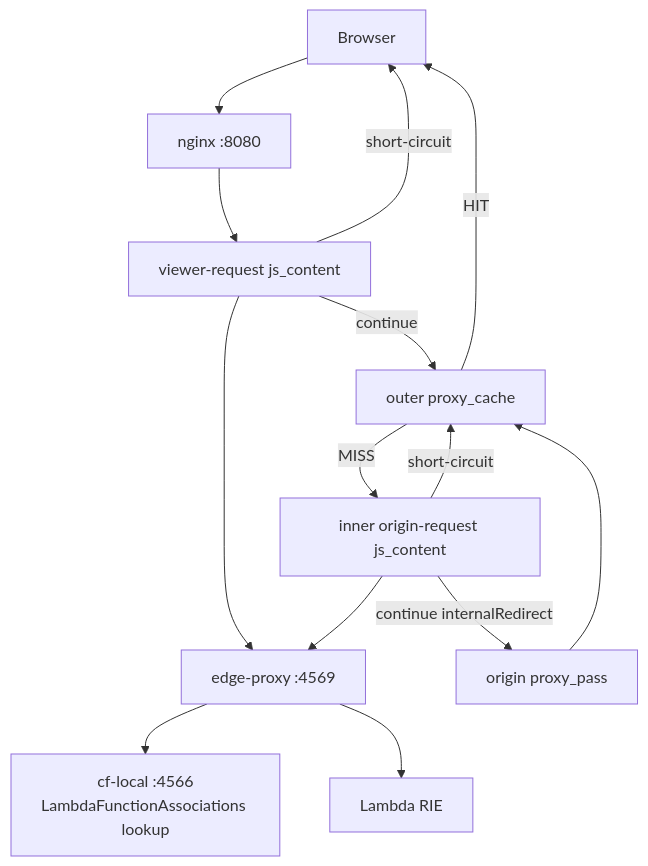
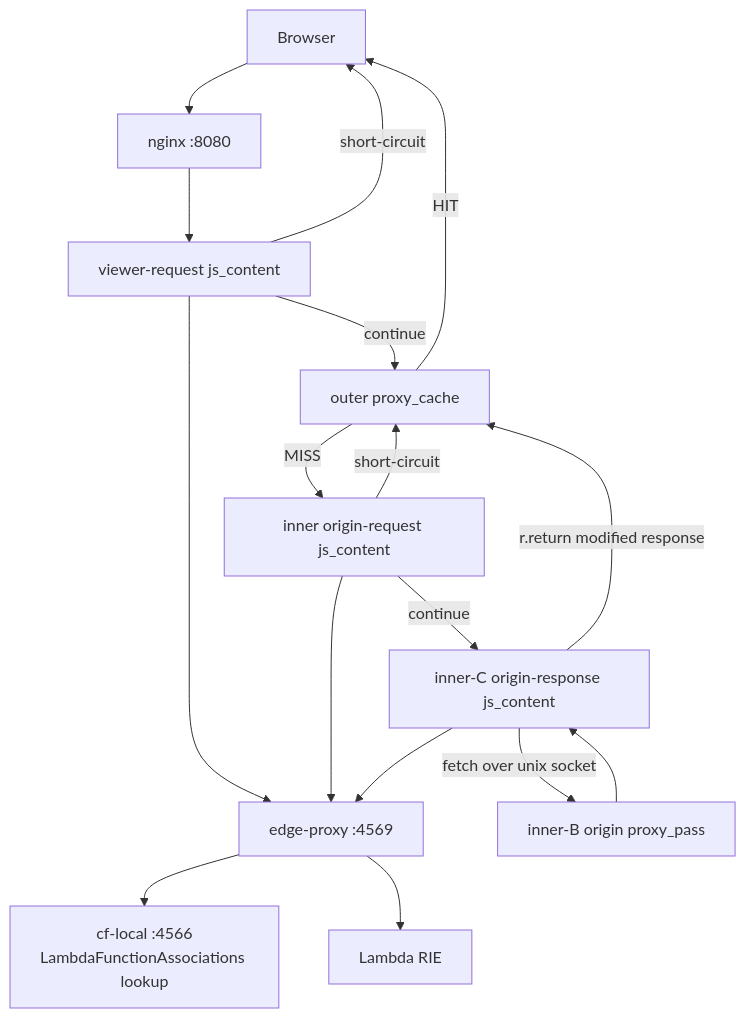
Before and after one commit to DKen-DevCat/cf-local: the diagram in docs/lambda-edge.md, drawn with Mermaid. The commit also changed other lines of this file and 5 other files, not shown here.

First line of the commit message:
feat(phase-4f): lambda-edge-full origin-response example + docs (task-4)

````diff
--- a/docs/lambda-edge.md
+++ b/docs/lambda-edge.md
@@ -16,16 +16,19 @@
 ```mermaid
 flowchart TD
   B[Browser] --> N[nginx :8080]
   N --> VR[viewer-request js_content]
   VR --> EP[edge-proxy :4569]
   EP --> CP[cf-local :4566<br/>LambdaFunctionAssociations lookup]
   EP --> RIE[Lambda RIE]
   VR -->|continue| CACHE[outer proxy_cache]
   VR -->|short-circuit| B
   CACHE -->|HIT| B
   CACHE -->|MISS| OR[inner origin-request js_content]
   OR --> EP
-  OR -->|continue internalRedirect| ORIGIN[origin proxy_pass]
+  OR -->|continue| ORES[inner-C origin-response js_content]
   OR -->|short-circuit| CACHE
-  ORIGIN --> CACHE
+  ORES -->|fetch over unix socket| ORIGIN[inner-B origin proxy_pass]
+  ORIGIN --> ORES
+  ORES --> EP
+  ORES -->|r.return modified response| CACHE
 ```
````
